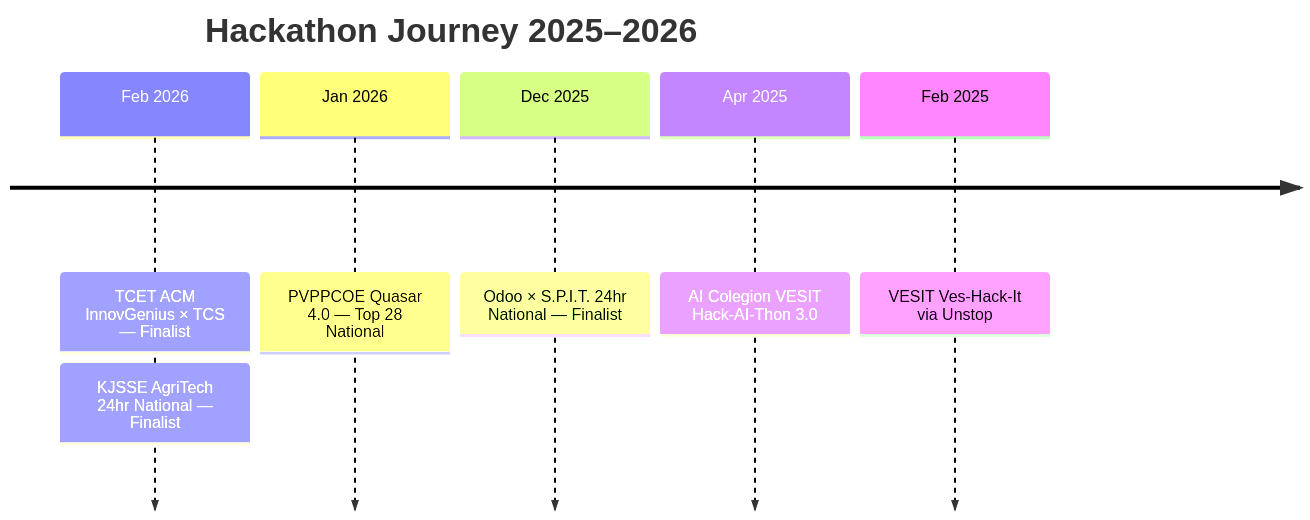
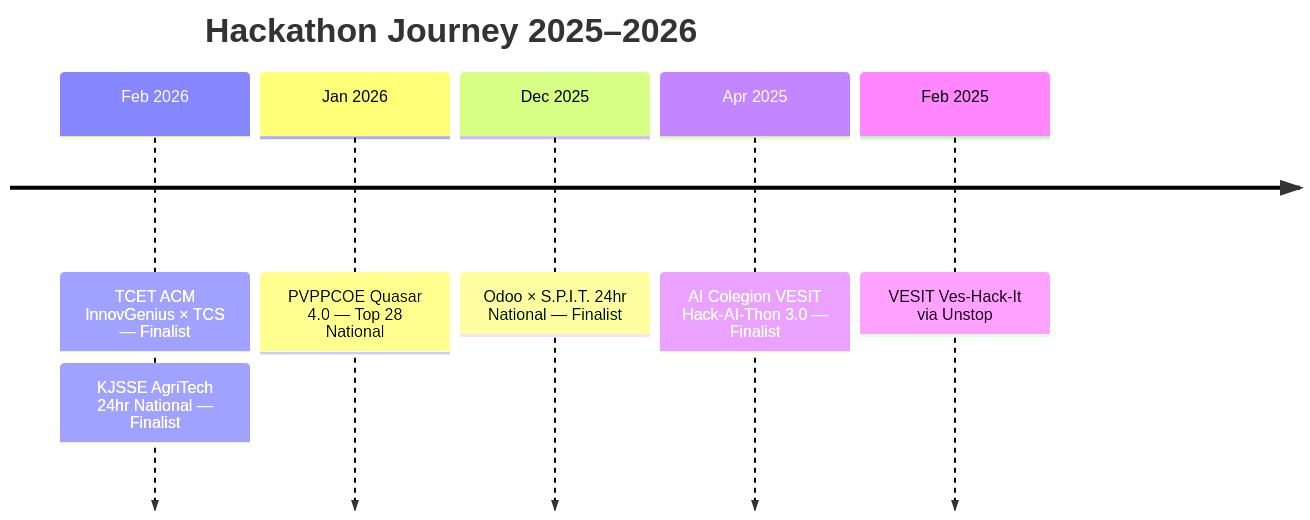
The fifth of 5 diagrams in README.md (AtharvaLotankar11/AtharvaLotankar11), drawn with Mermaid before and after one commit. The commit also changed other lines of this file, not shown here.

Commit message:
Updated Timeline

````diff
--- a/README.md
+++ b/README.md
@@ -403,10 +404,10 @@
 ```mermaid
 timeline
     title Hackathon Journey 2025–2026
     Feb 2026 : TCET ACM InnovGenius × TCS — Finalist
              : KJSSE AgriTech 24hr National — Finalist
     Jan 2026 : PVPPCOE Quasar 4.0 — Top 28 National
     Dec 2025 : Odoo × S.P.I.T. 24hr National — Finalist
-    Apr 2025 : AI Colegion VESIT Hack-AI-Thon 3.0
+    Apr 2025 : AI Colegion VESIT Hack-AI-Thon 3.0 — Finalist
     Feb 2025 : VESIT Ves-Hack-It via Unstop
 ```
````
